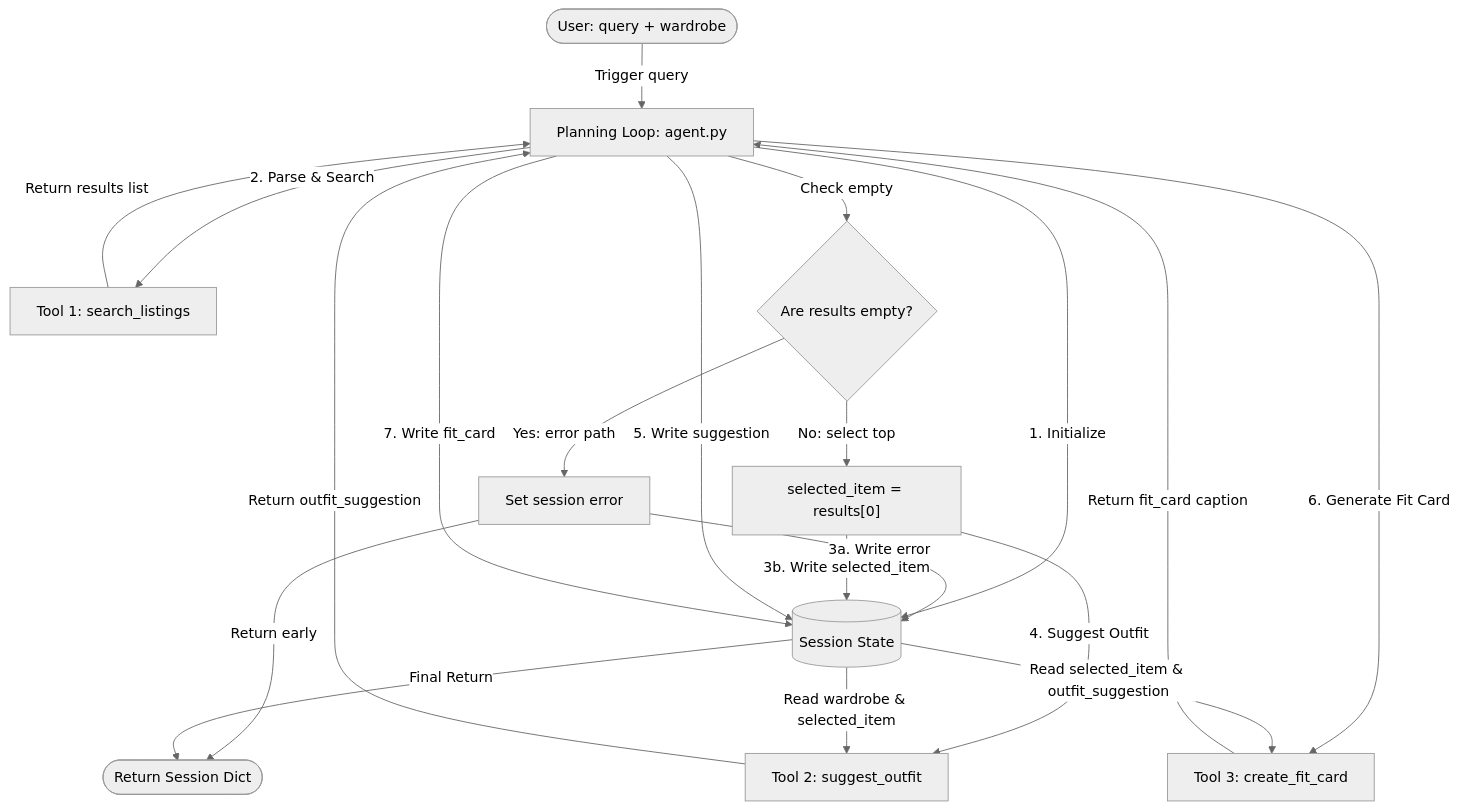
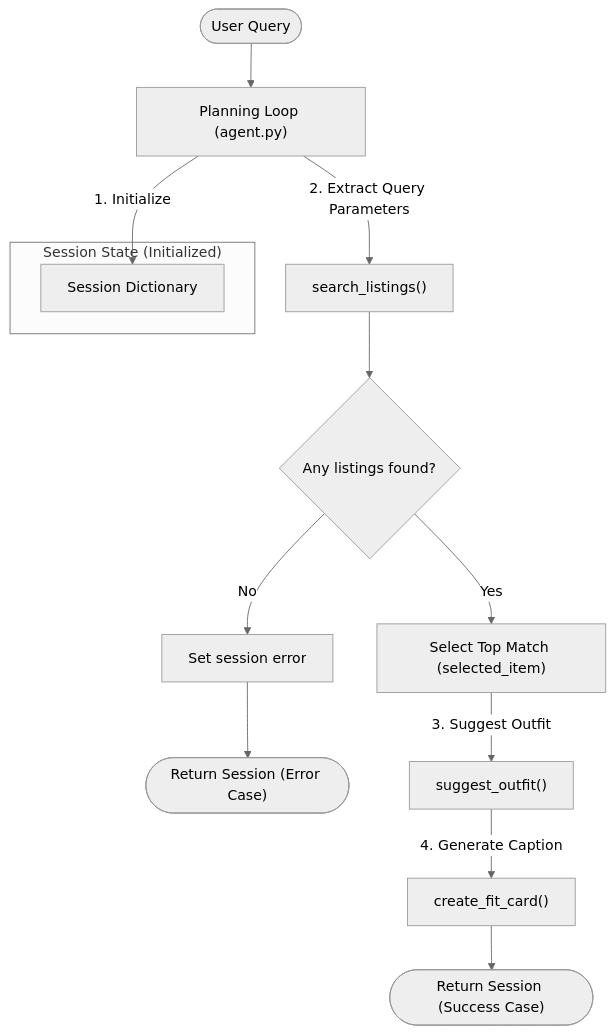
One commit to biniyamlombe/ai201-project2-fitfindr-starter changed the diagram in planning.md. Above: the diagram before and after it, drawn with Mermaid (neutral theme).

Commit message:
clean up architecture Mermaid diagram to be a clear, non-overlapping linear flowchart

````diff
--- a/planning.md
+++ b/planning.md
@@ -109,28 +109,21 @@
 ```mermaid
 graph TD
-    User(["User: query + wardrobe"]) -->|Trigger query| Loop["Planning Loop: agent.py"]
-    Loop -->|1. Initialize| Session[("Session State")]
+    User(["User Query"]) --> Loop["Planning Loop (agent.py)"]
     
-    Loop -->|2. Parse & Search| Tool1["Tool 1: search_listings"]
-    Tool1 -->|Return results list| Loop
+    subgraph "Session State (Initialized)"
+        Session["Session Dictionary"]
+    end
+
+    Loop -->|1. Initialize| Session
+    Loop -->|2. Extract Query Parameters| Tool1["search_listings()"]
     
-    Loop -->|Check empty| MatchCheck{"Are results empty?"}
-    MatchCheck -->|Yes: error path| SetError["Set session error"]
-    SetError -->|3a. Write error| Session
-    SetError -->|Return early| ReturnSession(["Return Session Dict"])
+    Tool1 --> MatchCheck{"Any listings found?"}
     
-    MatchCheck -->|No: select top| SelectTop["selected_item = results[0]"]
-    SelectTop -->|3b. Write selected_item| Session
+    MatchCheck -->|No| SetError["Set session error"]
+    SetError --> ReturnEarly(["Return Session (Error Case)"])
     
-    SelectTop -->|4. Suggest Outfit| Tool2["Tool 2: suggest_outfit"]
-    Session -->|Read wardrobe & selected_item| Tool2
-    Tool2 -->|Return outfit_suggestion| Loop
-    Loop -->|5. Write suggestion| Session
-    
-    Loop -->|6. Generate Fit Card| Tool3["Tool 3: create_fit_card"]
-    Session -->|Read selected_item & outfit_suggestion| Tool3
-    Tool3 -->|Return fit_card caption| Loop
-    Loop -->|7. Write fit_card| Session
-    
-    Session -->|Final Return| ReturnSession
+    MatchCheck -->|Yes| SelectTop["Select Top Match (selected_item)"]
+    SelectTop -->|3. Suggest Outfit| Tool2["suggest_outfit()"]
+    Tool2 -->|4. Generate Caption| Tool3["create_fit_card()"]
+    Tool3 --> ReturnSuccess(["Return Session (Success Case)"])
 ```
````
